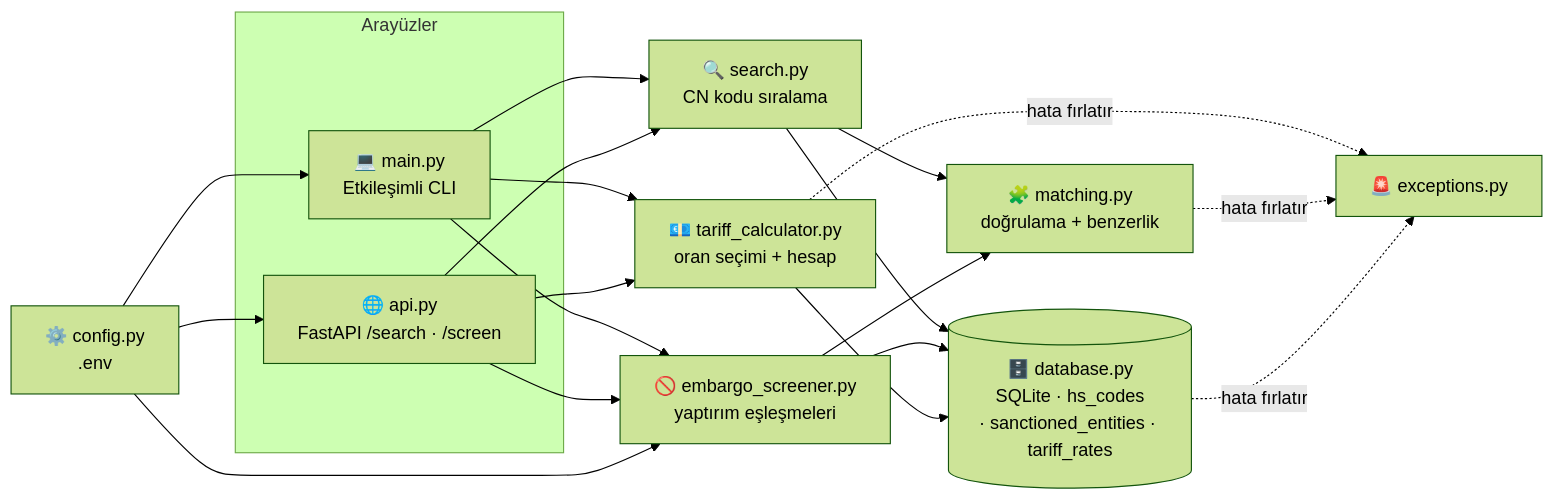
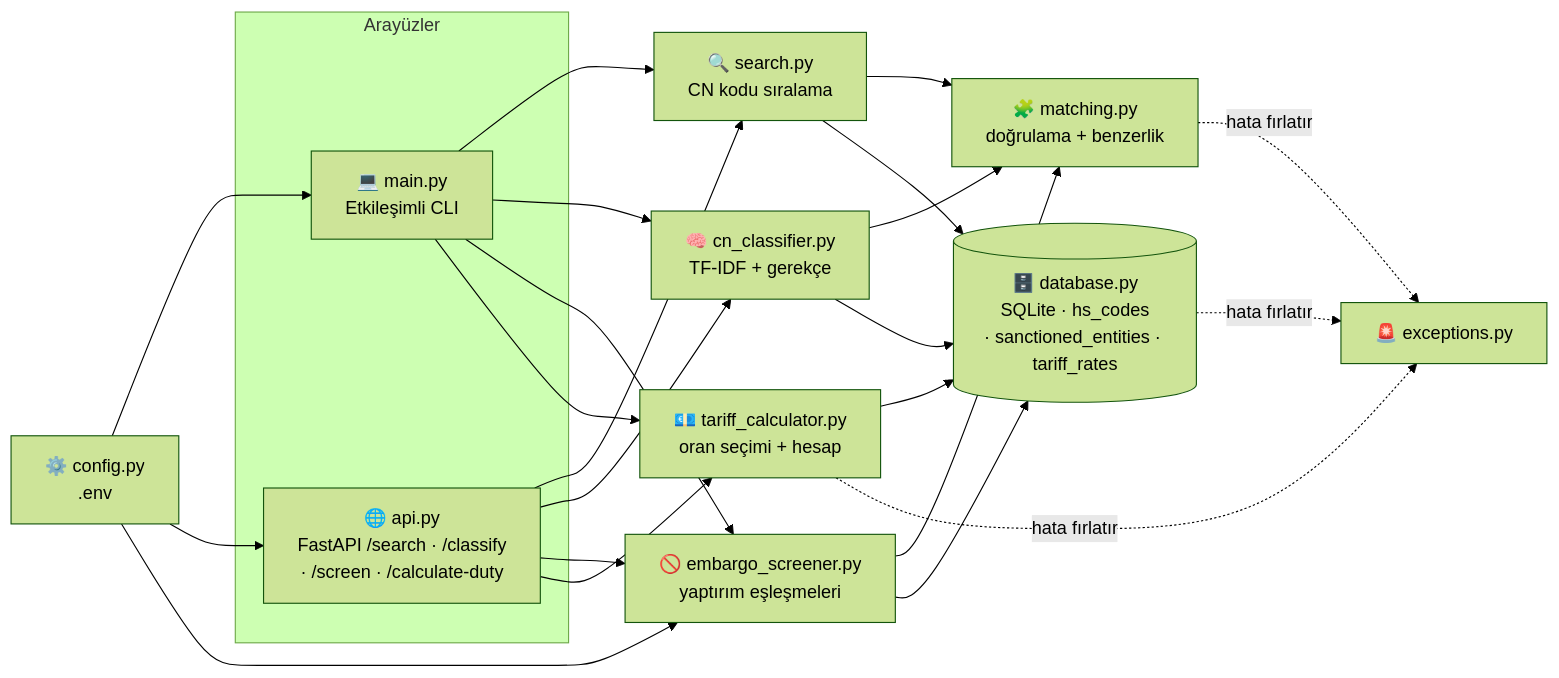
One commit to Mutersec/CustomsIQ changed the first of 2 diagrams in README.tr.md. Above: the diagram before and after it, drawn with Mermaid (forest theme). The commit also changed other lines of this file and 10 other files, not shown here.

````diff
--- a/README.tr.md
+++ b/README.tr.md
@@ -93,33 +94,38 @@
 ```mermaid
 flowchart LR
     subgraph Arayuzler["Arayüzler"]
         CLI["💻 main.py<br/>Etkileşimli CLI"]
-        API["🌐 api.py<br/>FastAPI /search · /screen"]
+        API["🌐 api.py<br/>FastAPI /search · /classify<br/>· /screen · /calculate-duty"]
     end
 
     SEARCH["🔍 search.py<br/>CN kodu sıralama"]
+    CLS["🧠 cn_classifier.py<br/>TF-IDF + gerekçe"]
     SCREEN["🚫 embargo_screener.py<br/>yaptırım eşleşmeleri"]
     DUTY["💶 tariff_calculator.py<br/>oran seçimi + hesap"]
     MATCH["🧩 matching.py<br/>doğrulama + benzerlik"]
     DB[("🗄️ database.py<br/>SQLite · hs_codes<br/>· sanctioned_entities · tariff_rates")]
     EXC["🚨 exceptions.py"]
     CFG["⚙️ config.py<br/>.env"]
 
     CLI --> SEARCH
+    CLI --> CLS
     CLI --> SCREEN
     CLI --> DUTY
     API --> SEARCH
+    API --> CLS
     API --> SCREEN
     API --> DUTY
     SEARCH --> MATCH
+    CLS --> MATCH
     SCREEN --> MATCH
     SEARCH --> DB
+    CLS --> DB
     SCREEN --> DB
     DUTY --> DB
     DUTY -. hata fırlatır .-> EXC
     MATCH -. hata fırlatır .-> EXC
     DB -. hata fırlatır .-> EXC
     CFG --> CLI
     CFG --> API
     CFG --> SCREEN
 ```
````
